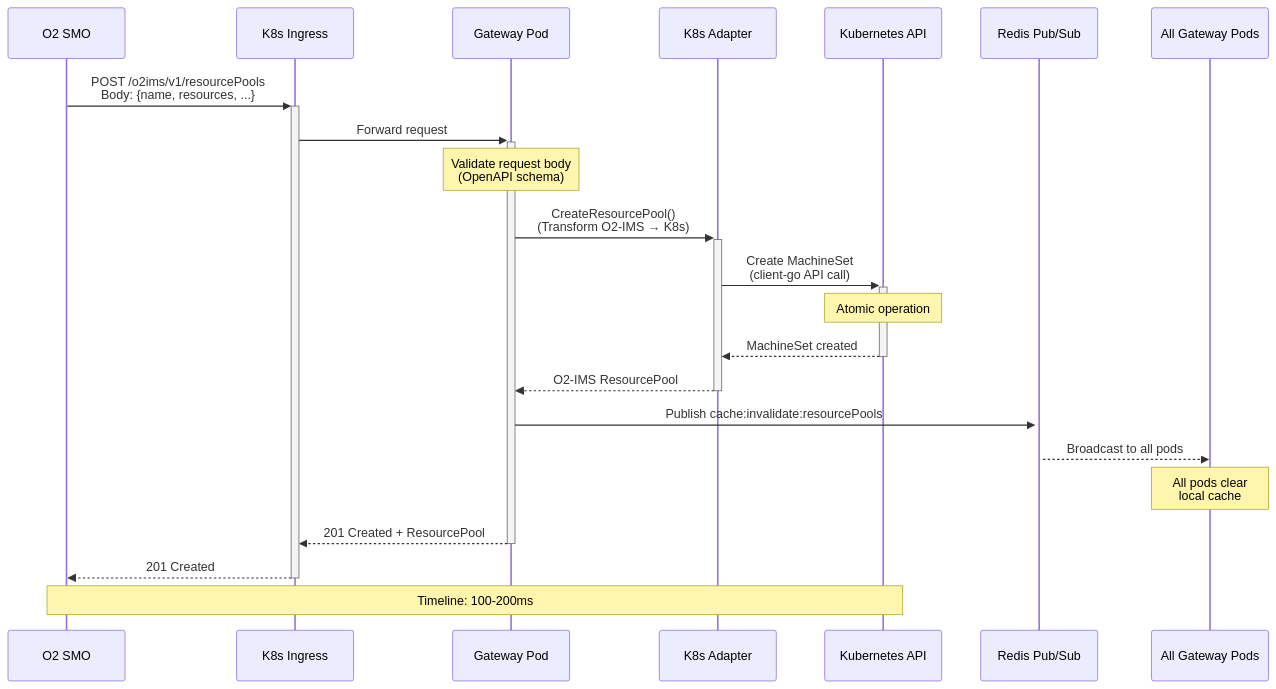
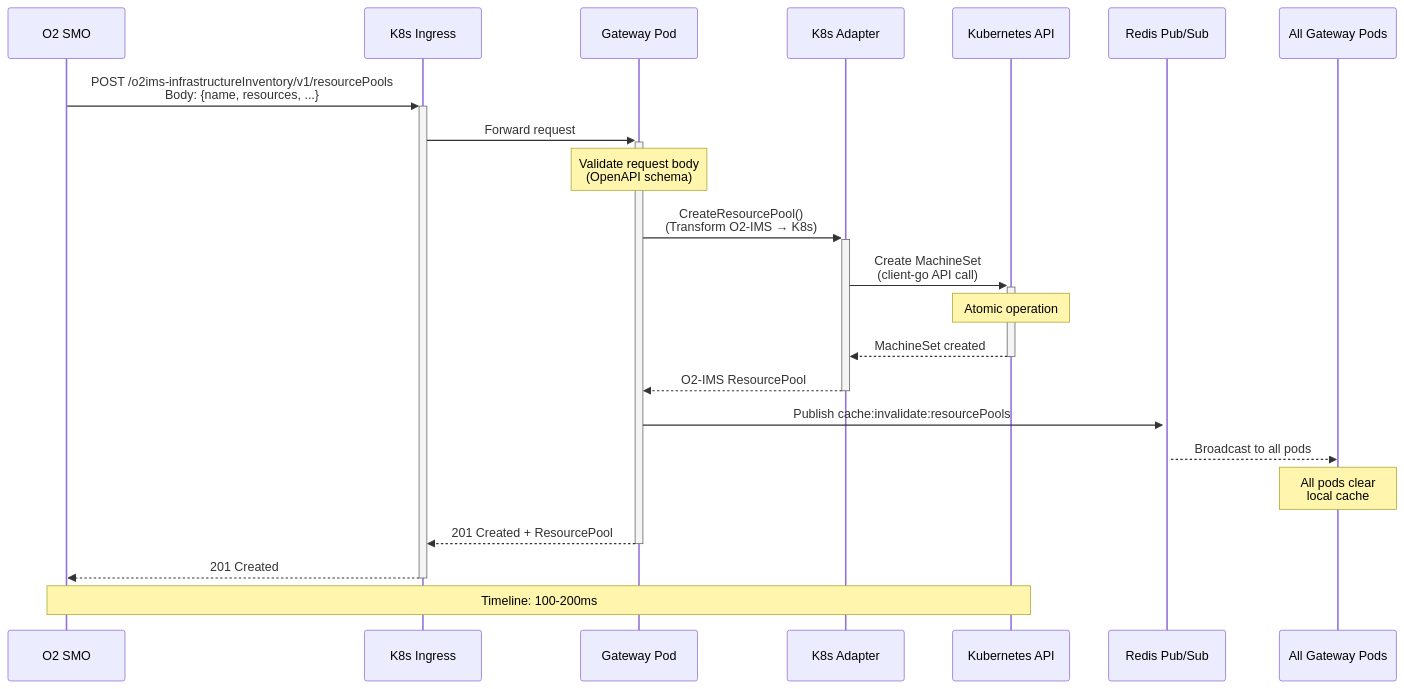
Before and after one commit to piwi3910/netweave: the second of 6 diagrams in docs/architecture/data-flow.md, drawn with Mermaid. The commit also changed other lines of this file and 33 other files, not shown here.

````diff
--- a/docs/architecture/data-flow.md
+++ b/docs/architecture/data-flow.md
@@ -85,31 +85,31 @@
 ```mermaid
 sequenceDiagram
     participant SMO as O2 SMO
     participant Ingress as K8s Ingress
     participant Gateway as Gateway Pod
     participant Adapter as K8s Adapter
     participant K8s as Kubernetes API
     participant Redis as Redis Pub/Sub
     participant Pods as All Gateway Pods
 
-    SMO->>+Ingress: POST /o2ims/v1/resourcePools<br/>Body: {name, resources, ...}
+    SMO->>+Ingress: POST /o2ims-infrastructureInventory/v1/resourcePools<br/>Body: {name, resources, ...}
     Ingress->>+Gateway: Forward request
 
     Note over Gateway: Validate request body<br/>(OpenAPI schema)
 
     Gateway->>+Adapter: CreateResourcePool()<br/>(Transform O2-IMS → K8s)
 
     Adapter->>+K8s: Create MachineSet<br/>(client-go API call)
     Note over K8s: Atomic operation
     K8s-->>-Adapter: MachineSet created
     Adapter-->>-Gateway: O2-IMS ResourcePool
 
     Gateway->>+Redis: Publish cache:invalidate:resourcePools
     Redis-->>Pods: Broadcast to all pods
     Note over Pods: All pods clear<br/>local cache
 
     Gateway-->>-Ingress: 201 Created + ResourcePool
     Ingress-->>-SMO: 201 Created
 
     Note over SMO,K8s: Timeline: 100-200ms
 ```
````
